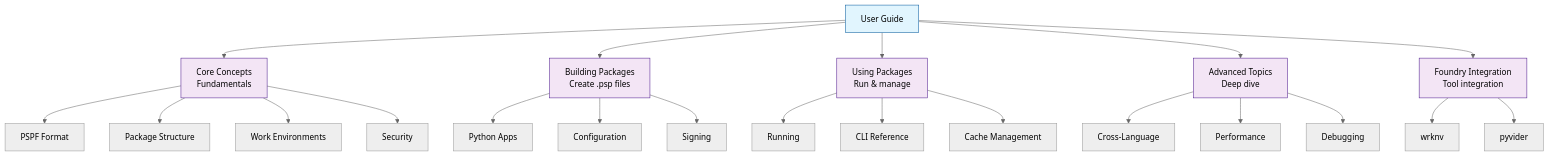
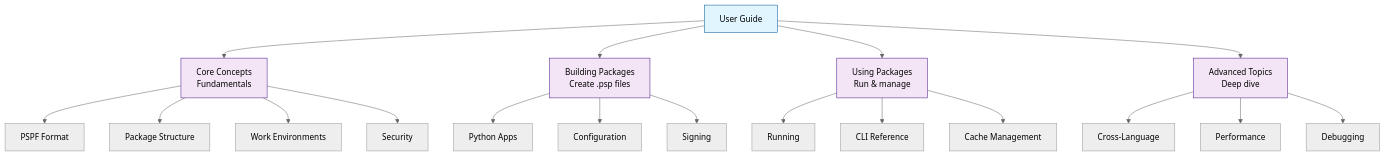
Before and after one commit to provide-io/flavorpack: the diagram in docs/guide/index.md, drawn with Mermaid (neutral theme). The commit also changed other lines of this file and 82 other files, not shown here.

````diff
--- a/docs/guide/index.md
+++ b/docs/guide/index.md
@@ -64,36 +57,32 @@
 ```mermaid
 graph TB
     START[User Guide]
 
     START --> CONCEPTS[Core Concepts<br/>Fundamentals]
     START --> BUILD[Building Packages<br/>Create .psp files]
     START --> USE[Using Packages<br/>Run & manage]
     START --> ADV[Advanced Topics<br/>Deep dive]
-    START --> INT[Foundry Integration<br/>Tool integration]
 
     CONCEPTS --> PSPF[PSPF Format]
     CONCEPTS --> STRUCT[Package Structure]
     CONCEPTS --> WORK[Work Environments]
     CONCEPTS --> SEC[Security]
 
     BUILD --> PY[Python Apps]
     BUILD --> CONF[Configuration]
     BUILD --> SIGN[Signing]
 
     USE --> RUN[Running]
     USE --> CLI[CLI Reference]
     USE --> CACHE[Cache Management]
 
     ADV --> XPLAT[Cross-Language]
     ADV --> PERF[Performance]
     ADV --> DEBUG[Debugging]
 
-    INT --> WRKNV[wrknv]
-    INT --> PYV[pyvider]
-
     classDef section fill:#e1f5fe,stroke:#01579b
     classDef topic fill:#f3e5f5,stroke:#4a148c
 
     class START section
-    class CONCEPTS,BUILD,USE,ADV,INT topic
+    class CONCEPTS,BUILD,USE,ADV topic
 ```
````
